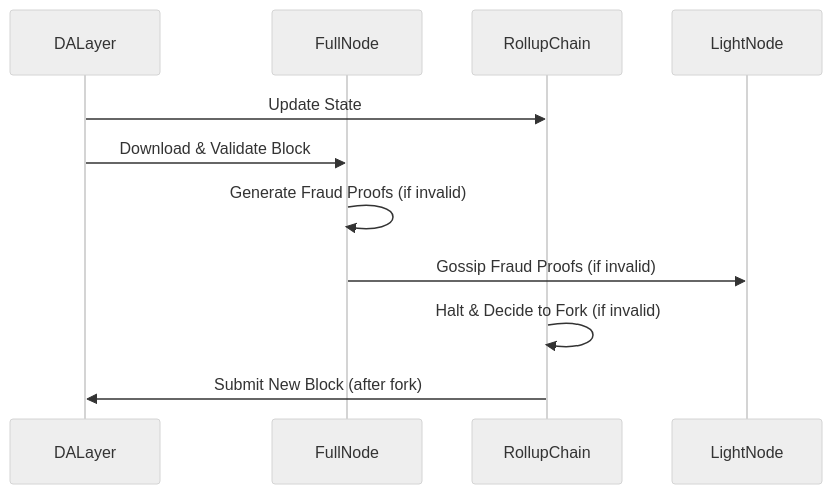
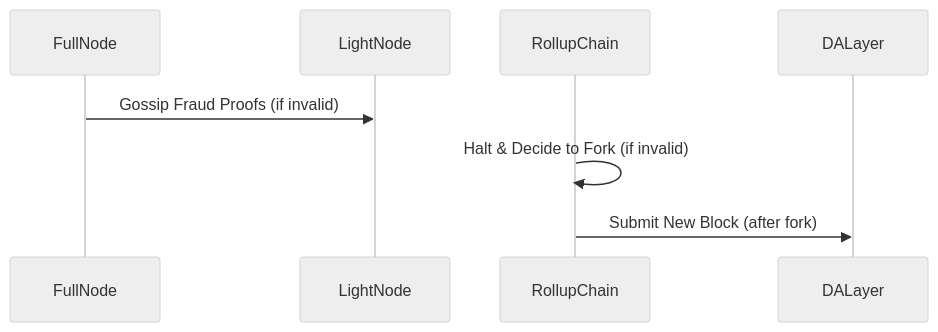
One commit to rollkit/docs changed the fourth of 4 diagrams in reference/transaction-flow.md. Above: the diagram before and after it, drawn with Mermaid (neutral theme). The commit also changed other lines of this file, not shown here.

````diff
--- a/reference/transaction-flow.md
+++ b/reference/transaction-flow.md
@@ -36,13 +56,10 @@
 ```mermaid
 sequenceDiagram
-    participant DALayer
     participant FullNode
+    participant LightNode
     participant RollupChain
 
-    DALayer->>RollupChain: Update State
-    DALayer->>FullNode: Download & Validate Block
-    FullNode->>FullNode: Generate Fraud Proofs (if invalid)
     FullNode->>LightNode: Gossip Fraud Proofs (if invalid)
     RollupChain->>RollupChain: Halt & Decide to Fork (if invalid)
     RollupChain->>DALayer: Submit New Block (after fork)
 ```
````
